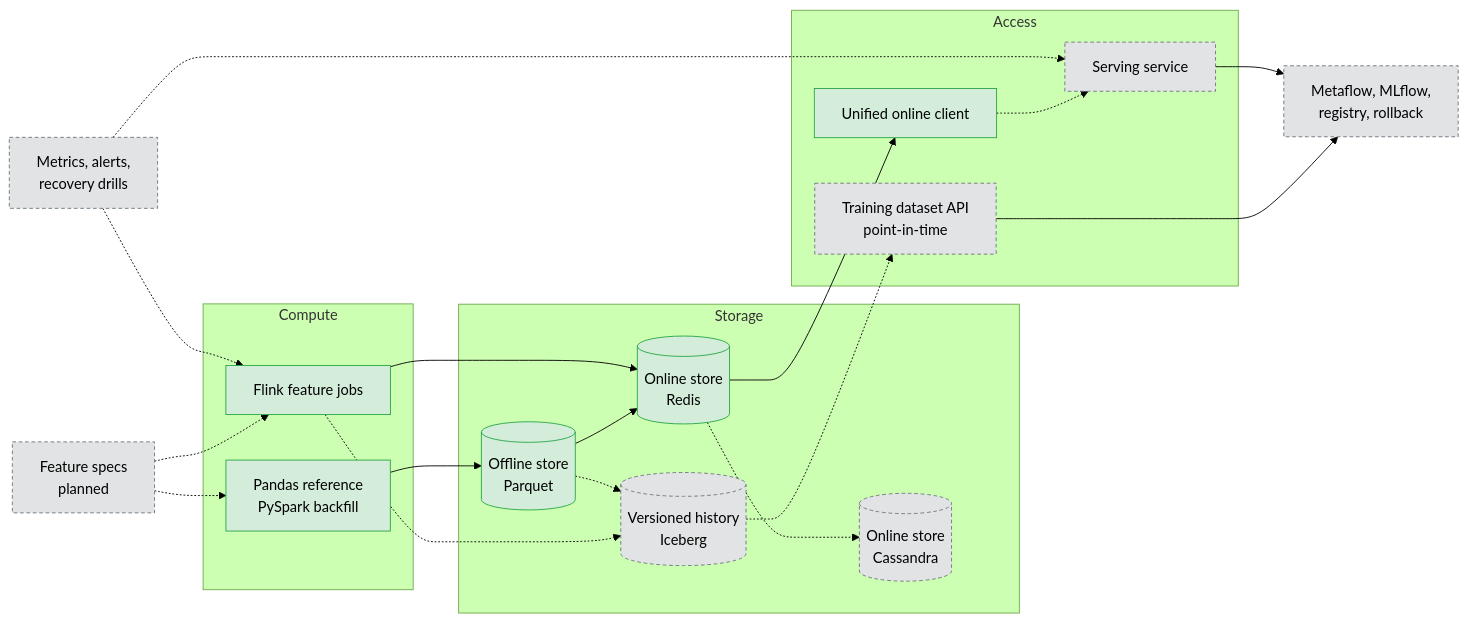
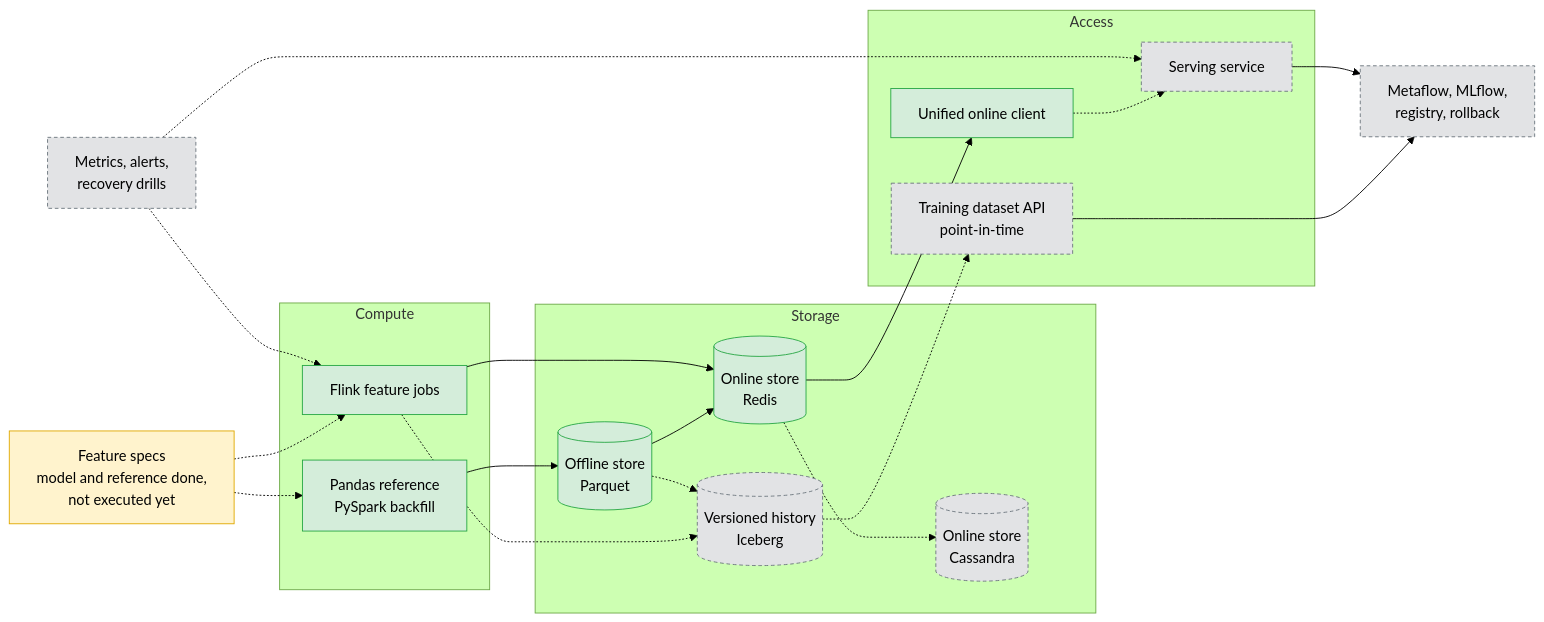
The first of 4 diagrams in docs/PLATFORM_BLUEPRINT.md (oster-dev/featureforge), drawn with Mermaid (forest theme) before and after one commit. The commit also changed other lines of this file and 9 other files, not shown here.

First line of the commit message:
feat: add generic spec-driven reference and event-field validation (#16)

````diff
--- a/docs/PLATFORM_BLUEPRINT.md
+++ b/docs/PLATFORM_BLUEPRINT.md
@@ -40,39 +41,40 @@
 ```mermaid
 flowchart LR
-    SPEC[Feature specs<br/>planned]:::plan
+    SPEC[Feature specs<br/>model and reference done,<br/>not executed yet]:::wip
 
     subgraph Compute
         BATCH[Pandas reference<br/>PySpark backfill]:::done
         STREAM[Flink feature jobs]:::done
     end
 
     subgraph Storage
         OFF[(Offline store<br/>Parquet)]:::done
         HIST[(Versioned history<br/>Iceberg)]:::plan
         ON[(Online store<br/>Redis)]:::done
         ON2[(Online store<br/>Cassandra)]:::plan
     end
 
     subgraph Access
         CLIENT[Unified online client]:::done
         DATASET[Training dataset API<br/>point-in-time]:::plan
         SERVICE[Serving service]:::plan
     end
 
     ML[Metaflow, MLflow,<br/>registry, rollback]:::plan
     OBS[Metrics, alerts,<br/>recovery drills]:::plan
 
     SPEC -.-> BATCH & STREAM
     BATCH --> OFF --> ON
     STREAM --> ON
     STREAM -.-> HIST
     OFF -.-> HIST
     ON --> CLIENT
     ON -.-> ON2
     HIST -.-> DATASET --> ML
     CLIENT -.-> SERVICE --> ML
     OBS -.-> STREAM & SERVICE
 
     classDef done fill:#d4edda,stroke:#28a745,color:#000
+    classDef wip fill:#fff3cd,stroke:#e0a800,color:#000
     classDef plan fill:#e2e3e5,stroke:#6c757d,color:#000,stroke-dasharray: 4 3
 ```
````
